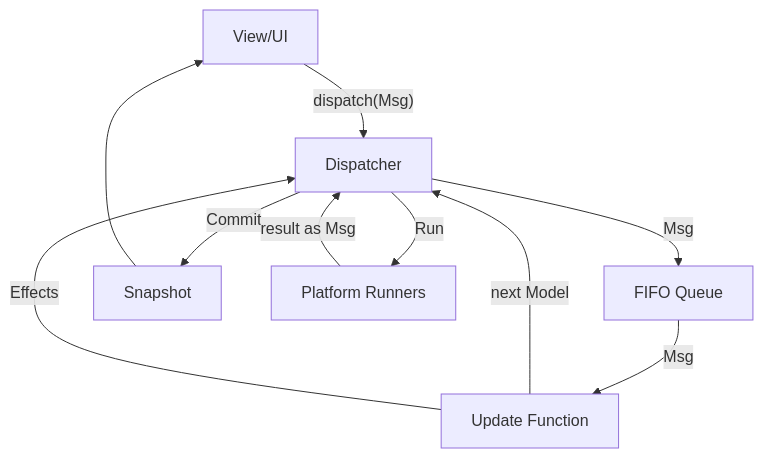
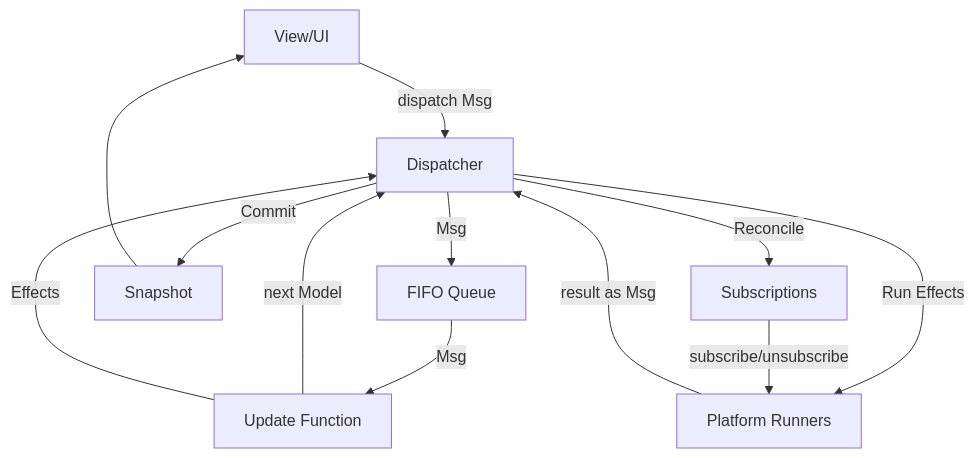
The diagram in README.md (bitkojine/causaloop), drawn with Mermaid before and after one commit. The commit also changed other lines of this file and 16 other files, not shown here.

````diff
--- a/README.md
+++ b/README.md
@@ -33,12 +33,14 @@
 ```mermaid
 graph TD
-    UI[View/UI] -- dispatch(Msg) --> D[Dispatcher]
+    UI[View/UI] -- dispatch Msg --> D[Dispatcher]
     D -- Msg --> Q[FIFO Queue]
     Q -- Msg --> U[Update Function]
     U -- next Model --> D
     U -- Effects --> D
     D -- Commit --> S[Snapshot]
     S --> UI
-    D -- Run --> R[Platform Runners]
+    D -- Run Effects --> R[Platform Runners]
     R -- result as Msg --> D
+    D -- Reconcile --> SUB[Subscriptions]
+    SUB -- subscribe/unsubscribe --> R
 ```
````
